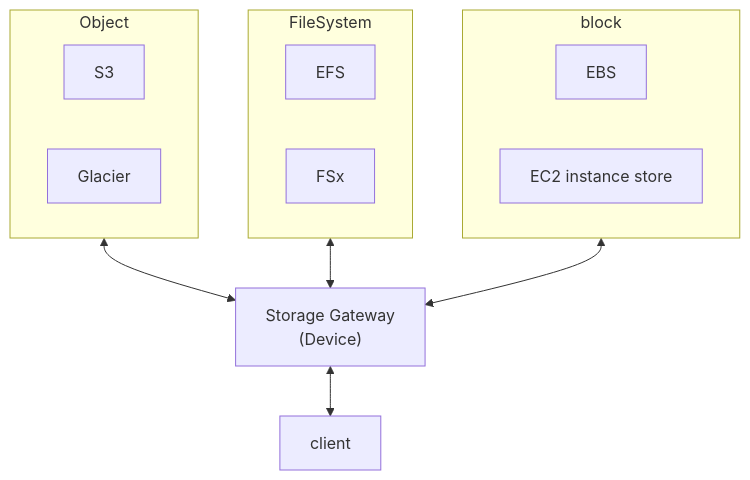
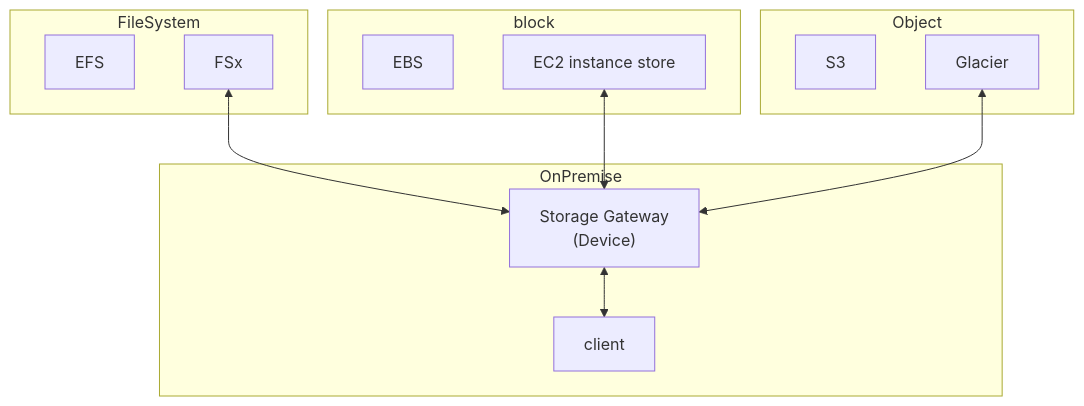
The first of 4 diagrams in aws/StorageGateway.md (cool21540125/documentation-notes), drawn with Mermaid before and after one commit. The commit also changed 6 other files, not shown here.

````diff
--- a/aws/StorageGateway.md
+++ b/aws/StorageGateway.md
@@ -22,22 +22,24 @@
 ```mermaid
 flowchart TB
-sg["Storage Gateway \n (Device)"];
+sgw["Storage Gateway \n (Device)"];
 
 subgraph block
     EBS;
     is["EC2 instance store"];
 end
 subgraph FileSystem
     EFS;
     FSx;
 end
 subgraph Object
     S3;
     Glacier;
 end
 
-Object  <--> sg;
-FileSystem  <--> sg;
-block  <--> sg;
-sg <--> client;
+subgraph OnPremise
+    sgw <--> client;
+end
+FSx  <--> sgw;
+is  <--> sgw;
+Glacier  <--> sgw;
 ```
````
